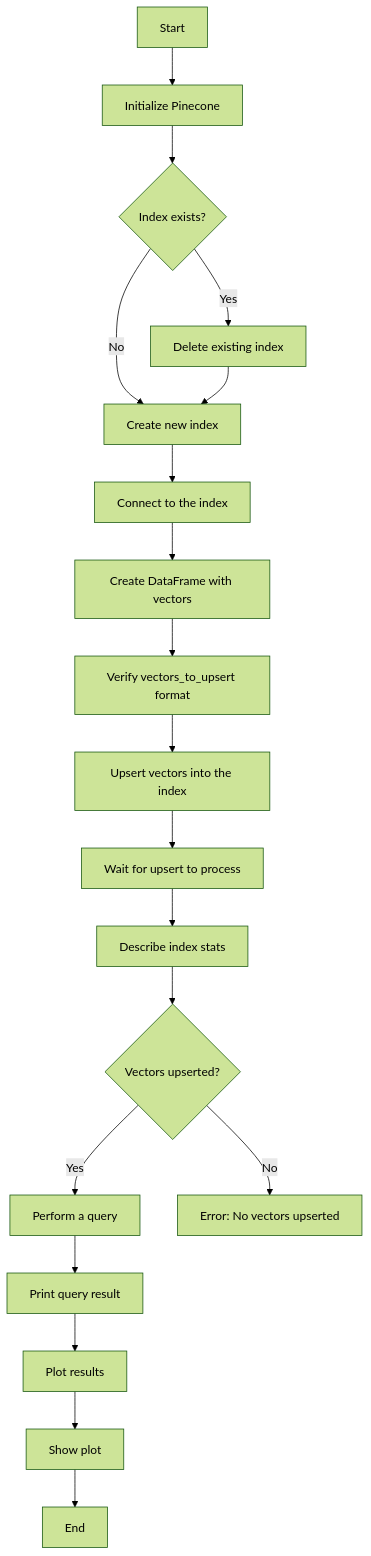
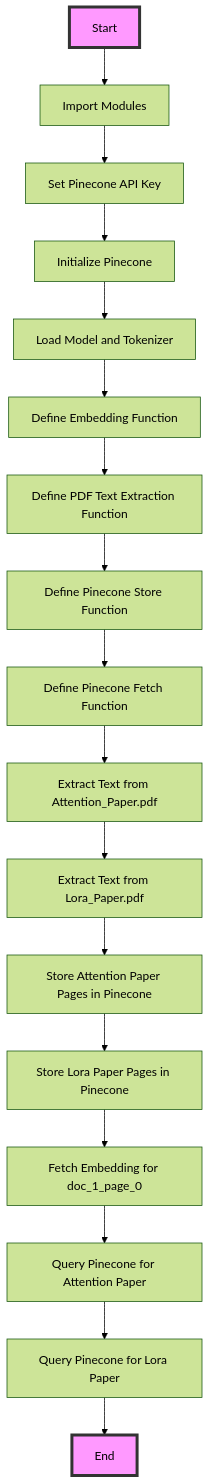
The diagram in vector_db/readme_pinecone_02.md (dietmarja/LLM-Elements), drawn with Mermaid (forest theme) before and after one commit. The commit also changed other lines of this file, not shown here.

````diff
--- a/vector_db/readme_pinecone_02.md
+++ b/vector_db/readme_pinecone_02.md
@@ -23,21 +20,22 @@
 ```mermaid
 graph TD
-    A[Start] --> B[Initialize Pinecone]
-    B --> C{Index exists?}
-    C -->|Yes| D[Delete existing index]
-    C -->|No| E[Create new index]
-    D --> E[Create new index]
-    E --> F[Connect to the index]
-    F --> G[Create DataFrame with vectors]
-    G --> H[Verify vectors_to_upsert format]
-    H --> I[Upsert vectors into the index]
-    I --> J[Wait for upsert to process]
-    J --> K[Describe index stats]
-    K --> L{Vectors upserted?}
-    L -->|Yes| M[Perform a query]
-    L -->|No| N[Error: No vectors upserted]
-    M --> O[Print query result]
-    O --> P[Plot results]
-    P --> Q[Show plot]
-    Q --> R[End]
+    A[Start] --> B[Import Modules]
+    B --> C[Set Pinecone API Key]
+    C --> D[Initialize Pinecone]
+    D --> E[Load Model and Tokenizer]
+    E --> F[Define Embedding Function]
+    F --> G[Define PDF Text Extraction Function]
+    G --> H[Define Pinecone Store Function]
+    H --> I[Define Pinecone Fetch Function]
+    I --> J[Extract Text from Attention_Paper.pdf]
+    J --> K[Extract Text from Lora_Paper.pdf]
+    K --> L[Store Attention Paper Pages in Pinecone]
+    L --> M[Store Lora Paper Pages in Pinecone]
+    M --> N[Fetch Embedding for doc_1_page_0]
+    N --> O[Query Pinecone for Attention Paper]
+    O --> P[Query Pinecone for Lora Paper]
+    P --> Q[End]
+
+style A fill:#f9f,stroke:#333,stroke-width:4px;
+style Q fill:#f9f,stroke:#333,stroke-width:4px;
 ```
````
